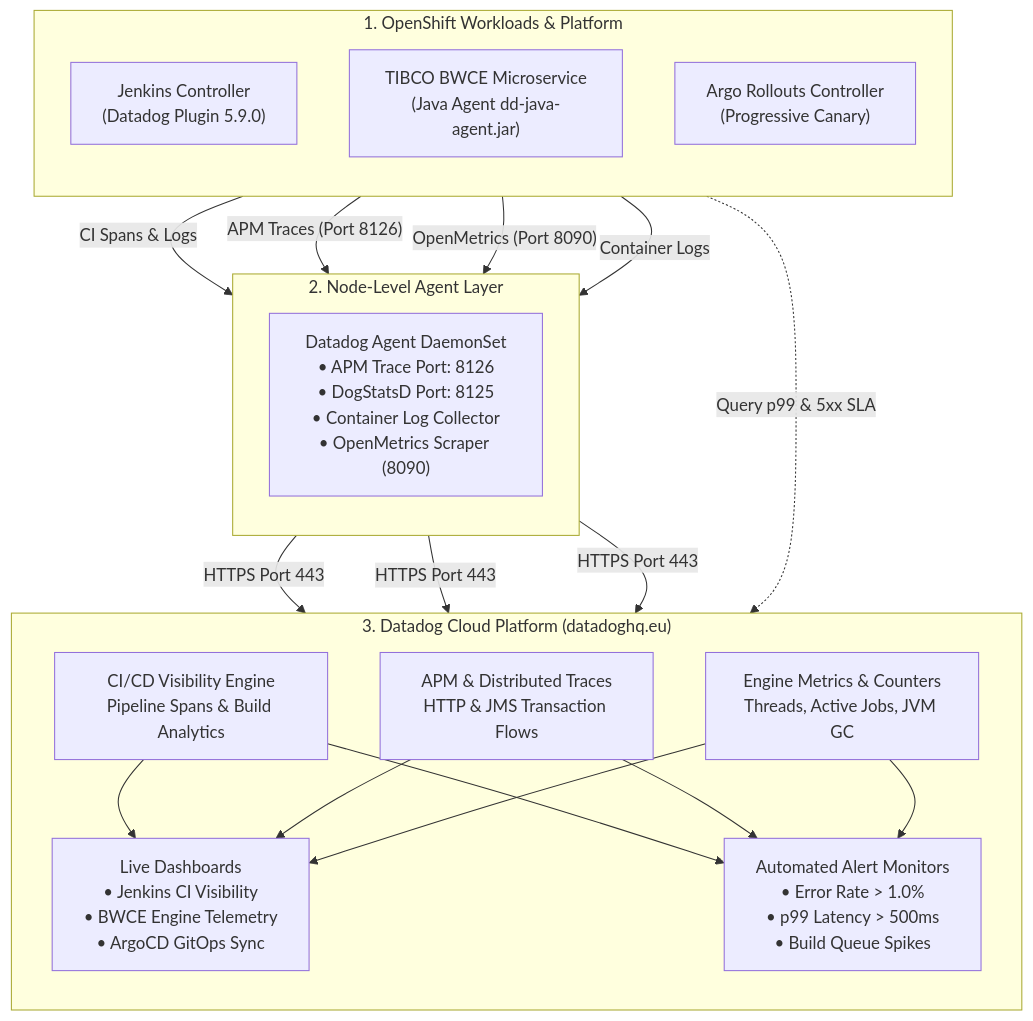
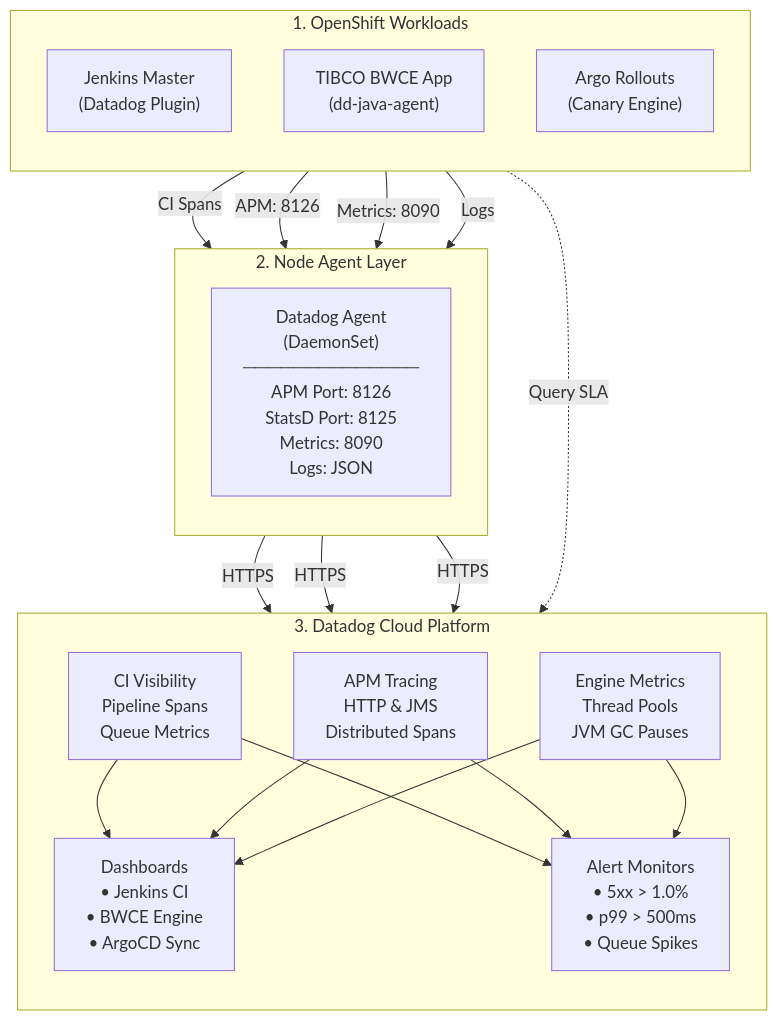
The third of 10 diagrams in README.md (nubenetes/jenkins-git-parameter-bwce), drawn with Mermaid before and after one commit. The commit also changed other lines of this file, not shown here.

Commit message:
fix(docs): format all diagram nodes with compact line lengths to prevent browser text clipping

````diff
--- a/README.md
+++ b/README.md
@@ -206,42 +206,42 @@
 ```mermaid
-flowchart TD
-    subgraph TelemetrySources ["1. OpenShift Workloads & Platform"]
+flowchart TB
+    subgraph Sources ["1. OpenShift Workloads"]
         direction TB
-        Jenkins["Jenkins Controller<br/>(Datadog Plugin 5.9.0)"]
-        BWCEApp["TIBCO BWCE Microservice<br/>(Java Agent dd-java-agent.jar)"]
-        RolloutCtrl["Argo Rollouts Controller<br/>(Progressive Canary)"]
+        Jenkins["Jenkins Master<br/>(Datadog Plugin)"]
+        BWCEApp["TIBCO BWCE App<br/>(dd-java-agent)"]
+        RolloutCtrl["Argo Rollouts<br/>(Canary Engine)"]
     end
 
-    subgraph DaemonSetLayer ["2. Node-Level Agent Layer"]
+    subgraph DaemonSetLayer ["2. Node Agent Layer"]
         direction TB
-        DDAgent["Datadog Agent DaemonSet<br/>• APM Trace Port: 8126<br/>• DogStatsD Port: 8125<br/>• Container Log Collector<br/>• OpenMetrics Scraper (8090)"]
+        DDAgent["Datadog Agent<br/>(DaemonSet)<br/>──────────────<br/>APM Port: 8126<br/>StatsD Port: 8125<br/>Metrics: 8090<br/>Logs: JSON"]
     end
 
-    subgraph CloudPlatform ["3. Datadog Cloud Platform (datadoghq.eu)"]
+    subgraph CloudPlatform ["3. Datadog Cloud Platform"]
         direction TB
-        CIVisibility["CI/CD Visibility Engine<br/>Pipeline Spans & Build Analytics"]
-        APMTrace["APM & Distributed Traces<br/>HTTP & JMS Transaction Flows"]
-        OpenMetrics["Engine Metrics & Counters<br/>Threads, Active Jobs, JVM GC"]
-        Dashboards["Live Dashboards<br/>• Jenkins CI Visibility<br/>• BWCE Engine Telemetry<br/>• ArgoCD GitOps Sync"]
-        Monitors["Automated Alert Monitors<br/>• Error Rate > 1.0%<br/>• p99 Latency > 500ms<br/>• Build Queue Spikes"]
+        CIVisibility["CI Visibility<br/>Pipeline Spans<br/>Queue Metrics"]
+        APMTrace["APM Tracing<br/>HTTP & JMS<br/>Distributed Spans"]
+        OpenMetrics["Engine Metrics<br/>Thread Pools<br/>JVM GC Pauses"]
+        Dashboards["Dashboards<br/>• Jenkins CI<br/>• BWCE Engine<br/>• ArgoCD Sync"]
+        Monitors["Alert Monitors<br/>• 5xx > 1.0%<br/>• p99 > 500ms<br/>• Queue Spikes"]
     end
 
-    Jenkins -->|"CI Spans & Logs"| DDAgent
-    BWCEApp -->|"APM Traces (Port 8126)"| DDAgent
-    BWCEApp -->|"OpenMetrics (Port 8090)"| DDAgent
-    BWCEApp -->|"Container Logs"| DDAgent
+    Jenkins -->|"CI Spans"| DDAgent
+    BWCEApp -->|"APM: 8126"| DDAgent
+    BWCEApp -->|"Metrics: 8090"| DDAgent
+    BWCEApp -->|"Logs"| DDAgent
 
-    DDAgent -->|"HTTPS Port 443"| CIVisibility
-    DDAgent -->|"HTTPS Port 443"| APMTrace
-    DDAgent -->|"HTTPS Port 443"| OpenMetrics
+    DDAgent -->|"HTTPS"| CIVisibility
+    DDAgent -->|"HTTPS"| APMTrace
+    DDAgent -->|"HTTPS"| OpenMetrics
 
     CIVisibility --> Dashboards
     APMTrace --> Dashboards
     OpenMetrics --> Dashboards
 
     CIVisibility --> Monitors
     APMTrace --> Monitors
     OpenMetrics --> Monitors
 
-    RolloutCtrl -.->|"Query p99 & 5xx SLA"| APMTrace
+    RolloutCtrl -.->|"Query SLA"| APMTrace
 ```
````
